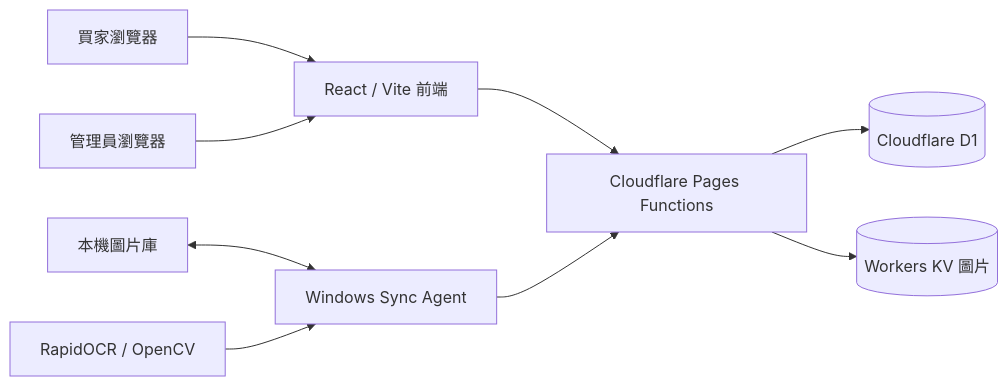
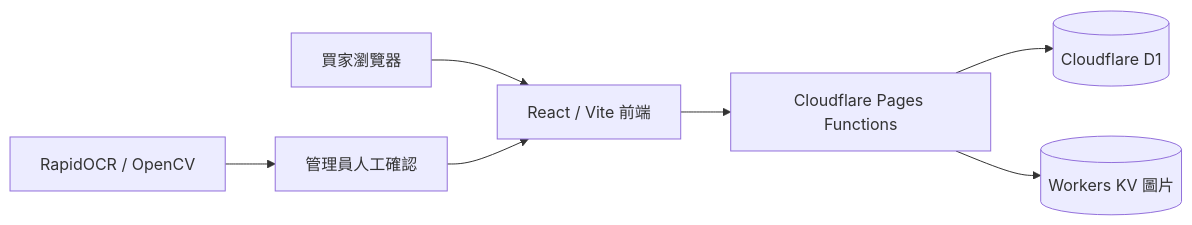
Before and after one commit to JiReN-Liao/aov-showcase-template: the diagram in README.md, drawn with Mermaid. The commit also changed other lines of this file and 34 other files, not shown here.

````diff
--- a/README.md
+++ b/README.md
@@ -22,11 +23,9 @@
 ```mermaid
 flowchart LR
   Buyer[買家瀏覽器] --> UI[React / Vite 前端]
   Admin[管理員瀏覽器] --> UI
   UI --> Functions[Cloudflare Pages Functions]
   Functions --> D1[(Cloudflare D1)]
   Functions --> KV[(Workers KV 圖片)]
-  Agent[Windows Sync Agent] --> Functions
-  Library[本機圖片庫] <--> Agent
-  OCR[RapidOCR / OpenCV] --> Agent
+  OCR[RapidOCR / OpenCV] --> Admin[管理員人工確認]
 ```
````
